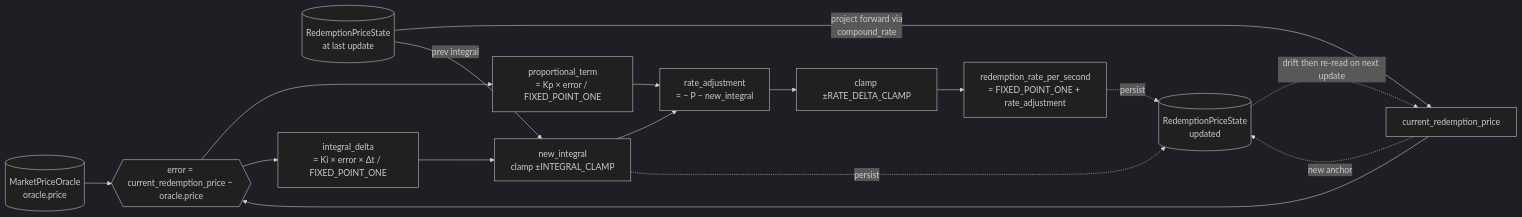
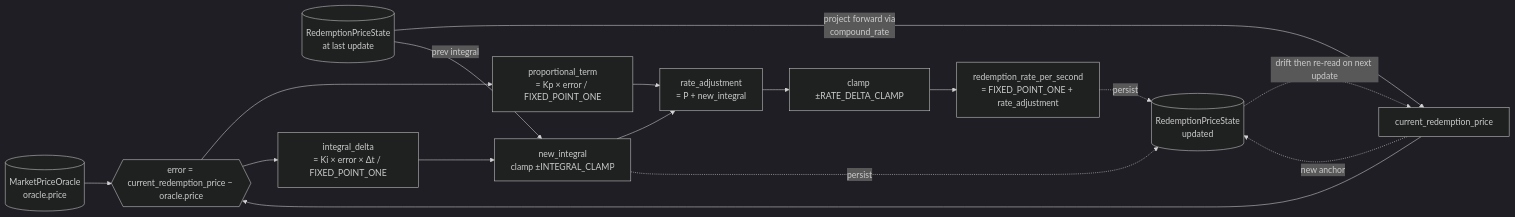
One commit to logos-blockchain/lez-programs changed the second of 13 diagrams in stablecoin/docs/README.md. Above: the diagram before and after it, drawn with Mermaid (dark theme). The commit also changed other lines of this file, not shown here.

Commit message:
docs(stablecoin): fix rate adjustment math

````diff
--- a/stablecoin/docs/README.md
+++ b/stablecoin/docs/README.md
@@ -498,25 +504,25 @@
 ```mermaid
 flowchart LR
     Oracle[(MarketPriceOracle<br/>oracle.price)]
     StateOld[(RedemptionPriceState<br/>at last update)]
 
     StateOld -->|project forward via<br/>compound_rate| CurRP[current_redemption_price]
     CurRP --> Err{{error = current_redemption_price − oracle.price}}
     Oracle --> Err
 
     Err --> P[proportional_term<br/>= Kp × error / FIXED_POINT_ONE]
     Err --> IDelta[integral_delta<br/>= Ki × error × Δt / FIXED_POINT_ONE]
 
     StateOld -->|prev integral| IClamp
     IDelta --> IClamp[new_integral<br/>clamp ±INTEGRAL_CLAMP]
 
-    P --> RAdj["rate_adjustment<br/>= − P − new_integral"]
+    P --> RAdj["rate_adjustment<br/>= P + new_integral"]
     IClamp --> RAdj
     RAdj --> RClamp[clamp ±RATE_DELTA_CLAMP]
     RClamp --> NewRate[redemption_rate_per_second<br/>= FIXED_POINT_ONE + rate_adjustment]
 
     NewRate -.persist.-> StateNew[(RedemptionPriceState<br/>updated)]
     CurRP -.new anchor.-> StateNew
     IClamp -.persist.-> StateNew
     StateNew -. drift then re-read on next update .-> CurRP
 ```
````
